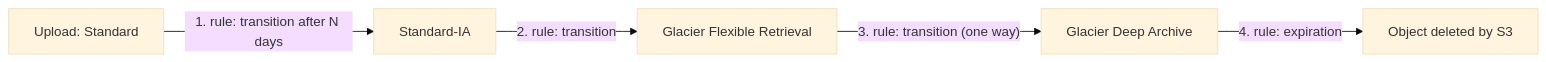
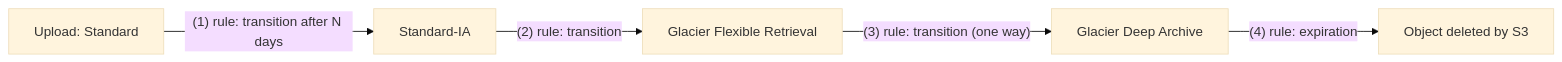
Before and after one commit to firmanains/Belajar: the second of 5 diagrams in AWS/SAA/s3/s3-fundamentals.md, drawn with Mermaid (base theme). The commit also changed other lines of this file and 14 other files, not shown here.

First line of the commit message:
Fix Mermaid labels that rendered as "Unsupported markdown"

````diff
--- a/AWS/SAA/s3/s3-fundamentals.md
+++ b/AWS/SAA/s3/s3-fundamentals.md
@@ -77,7 +77,7 @@
 ```mermaid
 flowchart LR
-  up["Upload: Standard"] -->|"1. rule: transition after N days"| ia["Standard-IA"]
-  ia -->|"2. rule: transition"| gfr["Glacier Flexible Retrieval"]
-  gfr -->|"3. rule: transition (one way)"| da["Glacier Deep Archive"]
-  da -->|"4. rule: expiration"| gone["Object deleted by S3"]
+  up["Upload: Standard"] -->|"(1) rule: transition after N days"| ia["Standard-IA"]
+  ia -->|"(2) rule: transition"| gfr["Glacier Flexible Retrieval"]
+  gfr -->|"(3) rule: transition (one way)"| da["Glacier Deep Archive"]
+  da -->|"(4) rule: expiration"| gone["Object deleted by S3"]
 ```
````
